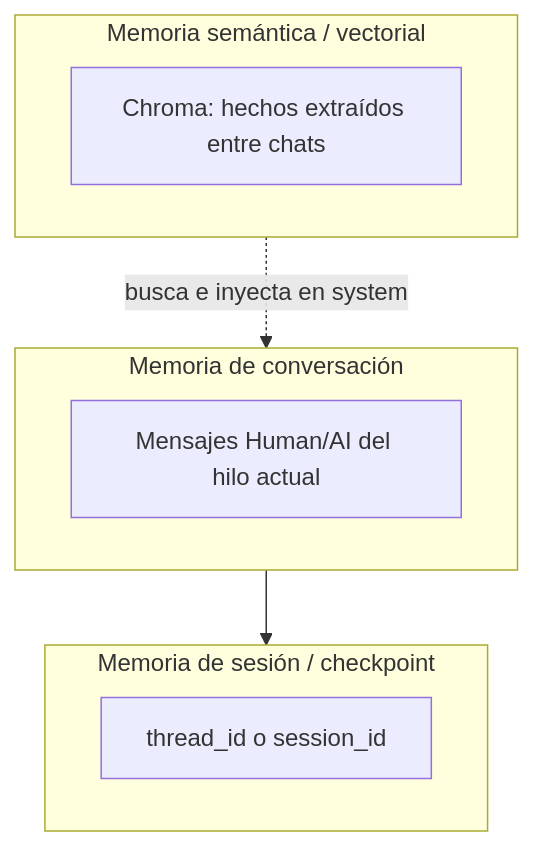
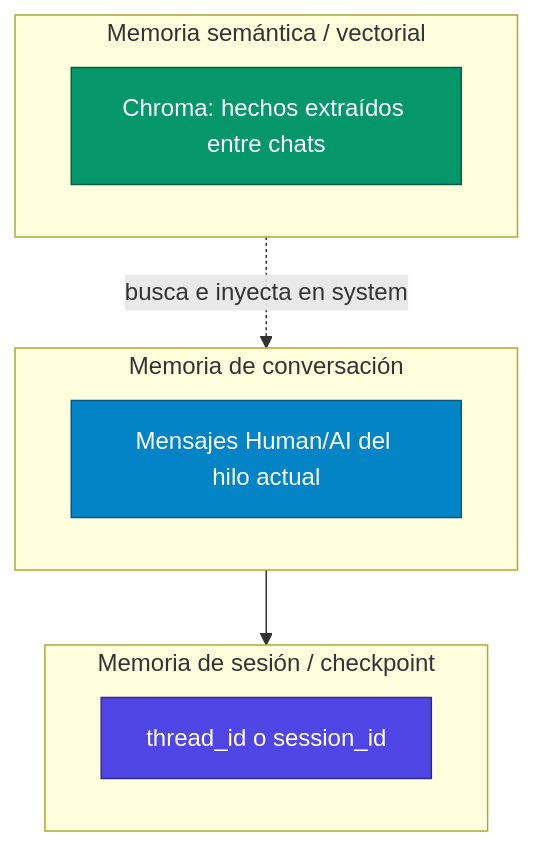
Before and after one commit to JohnRSantamaria/Langgraph-LangChain: the diagram in Tema 5/MEMORIA_NOTAS.md, drawn with Mermaid. The commit also changed 5 other files, not shown here.

Commit message:
Add new Markdown formatting skill and reference documentation for study notebooks. Include Mermaid diagram templates and guidelines for structuring content. Update existing notes with additional class definitions for improved clarity in memory management diagrams.

````diff
--- a/Tema 5/MEMORIA_NOTAS.md
+++ b/Tema 5/MEMORIA_NOTAS.md
@@ -23,15 +23,23 @@
 ```mermaid
 flowchart TB
     subgraph conv ["Memoria de conversación"]
         M1["Mensajes Human/AI del hilo actual"]
     end
     subgraph short ["Memoria de sesión / checkpoint"]
         M2["thread_id o session_id"]
     end
     subgraph long ["Memoria semántica / vectorial"]
         M3["Chroma: hechos extraídos entre chats"]
     end
 
     conv --> short
     long -.->|"busca e inyecta en system"| conv
+
+    classDef conv fill:#0284C7,stroke:#075985,color:#fff
+    classDef chk fill:#4F46E5,stroke:#312E81,color:#fff
+    classDef vec fill:#059669,stroke:#065F46,color:#fff
+
+    class M1 conv
+    class M2 chk
+    class M3 vec
 ```
````
